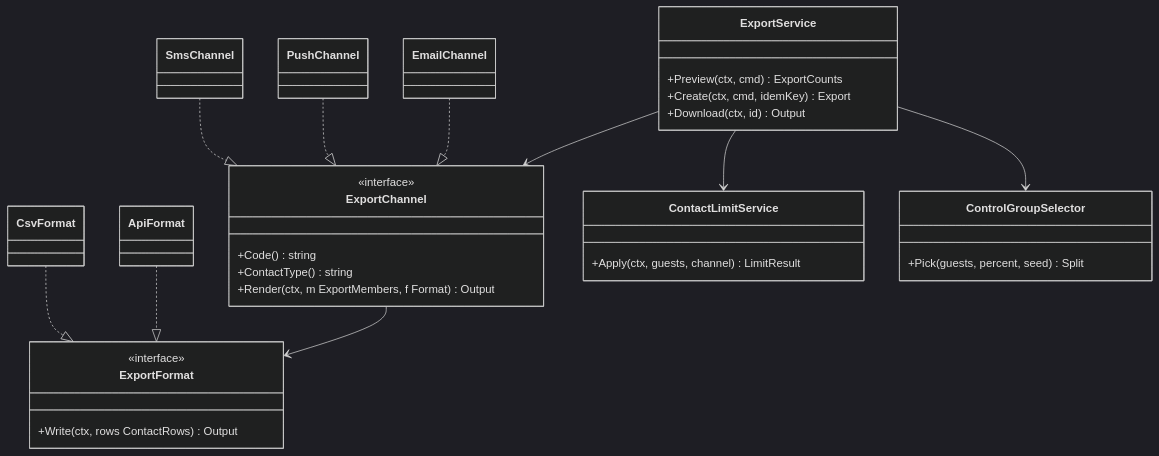
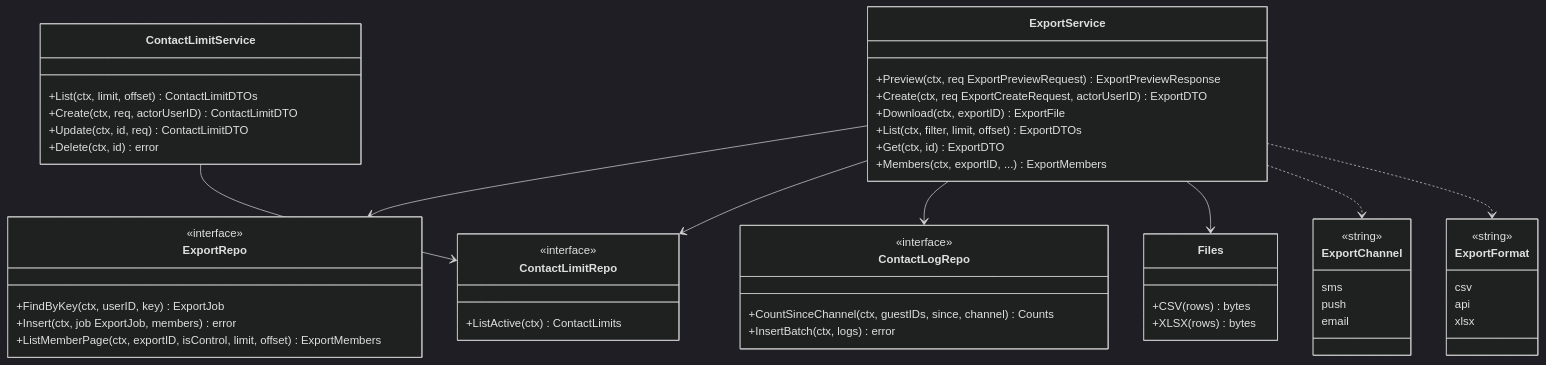
The fifth of 6 diagrams in docs/design/10-class-diagram.md (MangriMen/UCRP), drawn with Mermaid (dark theme) before and after one commit. The commit also changed other lines of this file and 195 other files, not shown here.

````diff
--- a/docs/design/10-class-diagram.md
+++ b/docs/design/10-class-diagram.md
@@ -195,38 +200,55 @@
 ```mermaid
 classDiagram
-  class ExportChannel {
-    <<interface>>
-    +Code() string
-    +ContactType() string
-    +Render(ctx, m ExportMembers, f Format) Output
-  }
-  class SmsChannel
-  class PushChannel
-  class EmailChannel
-  class ExportFormat {
-    <<interface>>
-    +Write(ctx, rows ContactRows) Output
-  }
-  class CsvFormat
-  class ApiFormat
   class ExportService {
-    +Preview(ctx, cmd) ExportCounts
-    +Create(ctx, cmd, idemKey) Export
-    +Download(ctx, id) Output
+    +Preview(ctx, req ExportPreviewRequest) ExportPreviewResponse
+    +Create(ctx, req ExportCreateRequest, actorUserID) ExportDTO
+    +Download(ctx, exportID) ExportFile
+    +List(ctx, filter, limit, offset) ExportDTOs
+    +Get(ctx, id) ExportDTO
+    +Members(ctx, exportID, ...) ExportMembers
   }
   class ContactLimitService {
-    +Apply(ctx, guests, channel) LimitResult
+    +List(ctx, limit, offset) ContactLimitDTOs
+    +Create(ctx, req, actorUserID) ContactLimitDTO
+    +Update(ctx, id, req) ContactLimitDTO
+    +Delete(ctx, id) error
   }
-  class ControlGroupSelector {
-    +Pick(guests, percent, seed) Split
+  class ExportRepo {
+    <<interface>>
+    +FindByKey(ctx, userID, key) ExportJob
+    +Insert(ctx, job ExportJob, members) error
+    +ListMemberPage(ctx, exportID, isControl, limit, offset) ExportMembers
   }
-  SmsChannel ..|> ExportChannel
-  PushChannel ..|> ExportChannel
-  EmailChannel ..|> ExportChannel
-  CsvFormat ..|> ExportFormat
-  ApiFormat ..|> ExportFormat
-  ExportService --> ExportChannel
-  ExportService --> ContactLimitService
-  ExportService --> ControlGroupSelector
-  ExportChannel --> ExportFormat
+  class ContactLimitRepo {
+    <<interface>>
+    +ListActive(ctx) ContactLimits
+  }
+  class ContactLogRepo {
+    <<interface>>
+    +CountSinceChannel(ctx, guestIDs, since, channel) Counts
+    +InsertBatch(ctx, logs) error
+  }
+  class ExportChannel {
+    <<string>>
+    sms
+    push
+    email
+  }
+  class ExportFormat {
+    <<string>>
+    csv
+    api
+    xlsx
+  }
+  class Files {
+    +CSV(rows) bytes
+    +XLSX(rows) bytes
+  }
+  ExportService --> ExportRepo
+  ExportService --> ContactLimitRepo
+  ExportService --> ContactLogRepo
+  ExportService --> Files
+  ExportService ..> ExportChannel
+  ExportService ..> ExportFormat
+  ContactLimitService --> ContactLimitRepo
 ```
````
